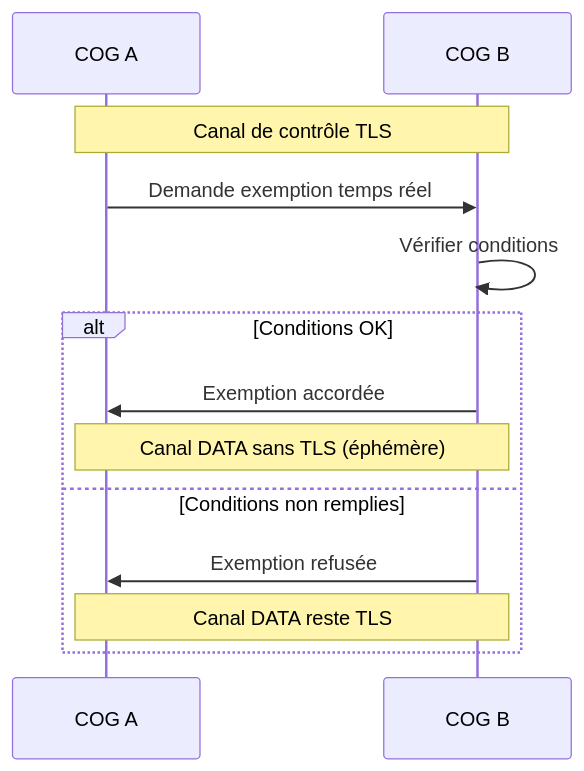
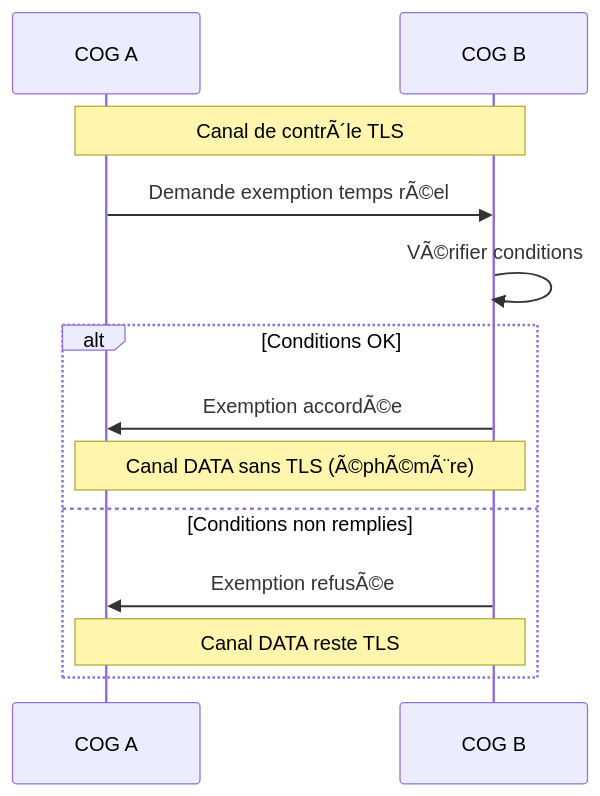
The first of 3 diagrams in docs/miyukini-webway-system/securite/MWS - Chiffrement et TLS.md (StudioMiyukini/miyukini_cog), drawn with Mermaid before and after one commit. The commit also changed other lines of this file and 1287 other files, not shown here.

````diff
--- a/docs/miyukini-webway-system/securite/MWS - Chiffrement et TLS.md
+++ b/docs/miyukini-webway-system/securite/MWS - Chiffrement et TLS.md
@@ -169,16 +169,16 @@
 ```mermaid
 sequenceDiagram
     participant A as COG A
     participant B as COG B
 
-    Note over A,B: Canal de contrôle TLS
-    A->>B: Demande exemption temps réel
-    B->>B: Vérifier conditions
+    Note over A,B: Canal de contrÃ´le TLS
+    A->>B: Demande exemption temps rÃ©el
+    B->>B: VÃ©rifier conditions
     alt Conditions OK
-        B->>A: Exemption accordée
-        Note over A,B: Canal DATA sans TLS (éphémère)
+        B->>A: Exemption accordÃ©e
+        Note over A,B: Canal DATA sans TLS (Ã©phÃ©mÃ¨re)
     else Conditions non remplies
-        B->>A: Exemption refusée
+        B->>A: Exemption refusÃ©e
         Note over A,B: Canal DATA reste TLS
     end
 ```
````
